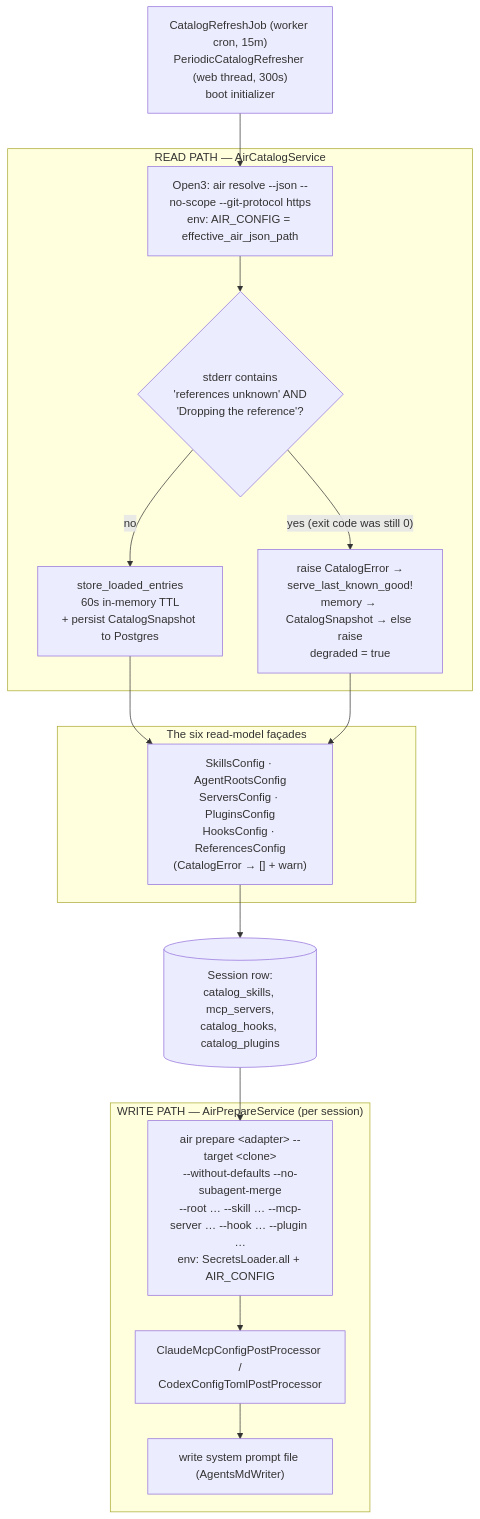
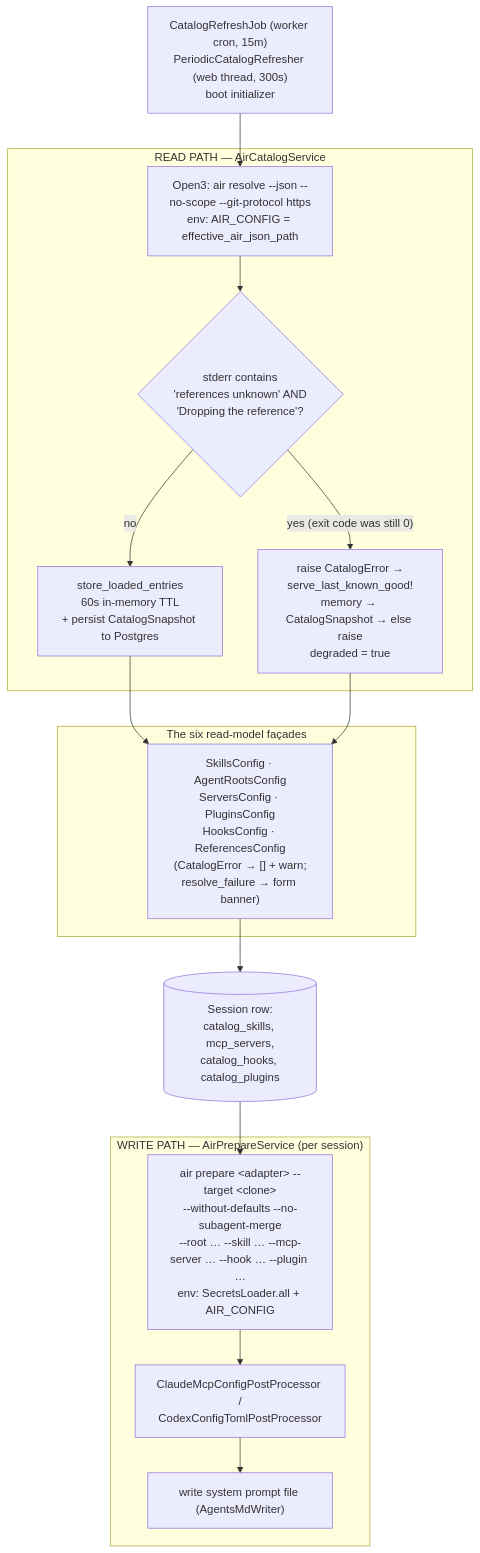
Before and after one commit to tadasant/zimmer: the diagram in docs/src/content/docs/air/zimmer-integration.md, drawn with Mermaid. The commit also changed other lines of this file and 15 other files, not shown here.

````diff
--- a/docs/src/content/docs/air/zimmer-integration.md
+++ b/docs/src/content/docs/air/zimmer-integration.md
@@ -11,29 +11,29 @@
 ```mermaid
 flowchart TB
     subgraph read["READ PATH — AirCatalogService"]
         R1["Open3: air resolve --json --no-scope --git-protocol https<br/>env: AIR_CONFIG = effective_air_json_path"]
         R2{"stderr contains<br/>'references unknown' AND<br/>'Dropping the reference'?"}
         R3["store_loaded_entries<br/>60s in-memory TTL<br/>+ persist CatalogSnapshot to Postgres"]
         R4["raise CatalogError →<br/>serve_last_known_good!<br/>memory → CatalogSnapshot → else raise<br/>degraded = true"]
         R1 --> R2
         R2 -->|no| R3
         R2 -->|"yes (exit code was still 0)"| R4
     end
 
     subgraph facades["The six read-model façades"]
-        F["SkillsConfig · AgentRootsConfig<br/>ServersConfig · PluginsConfig<br/>HooksConfig · ReferencesConfig<br/>(CatalogError → [] + warn)"]
+        F["SkillsConfig · AgentRootsConfig<br/>ServersConfig · PluginsConfig<br/>HooksConfig · ReferencesConfig<br/>(CatalogError → [] + warn;<br/>resolve_failure → form banner)"]
     end
 
     subgraph write["WRITE PATH — AirPrepareService (per session)"]
         W["air prepare &lt;adapter&gt; --target &lt;clone&gt;<br/>--without-defaults --no-subagent-merge<br/>--root … --skill … --mcp-server … --hook … --plugin …<br/>env: SecretsLoader.all + AIR_CONFIG"]
         W2["ClaudeMcpConfigPostProcessor /<br/>CodexConfigTomlPostProcessor"]
         W3["write system prompt file (AgentsMdWriter)"]
         W --> W2 --> W3
     end
 
     REFRESH["CatalogRefreshJob (worker cron, 15m)<br/>PeriodicCatalogRefresher (web thread, 300s)<br/>boot initializer"] --> R1
     R3 --> F
     R4 --> F
     F --> DB[("Session row:<br/>catalog_skills, mcp_servers,<br/>catalog_hooks, catalog_plugins")]
     DB --> W
 ```
````
